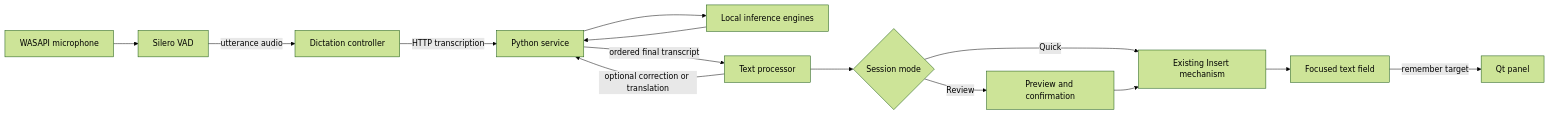
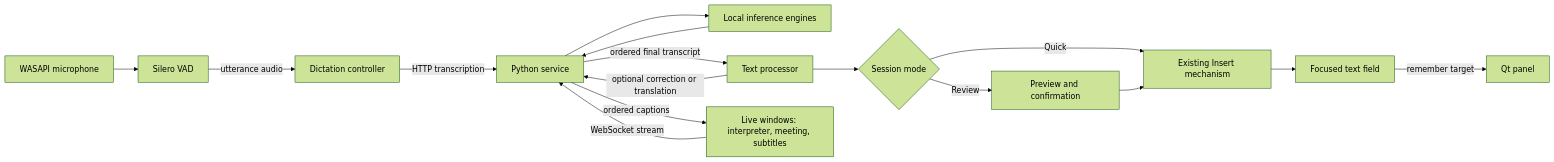
One commit to Flodirka/VoicePanel changed the diagram in docs/architecture.md. Above: the diagram before and after it, drawn with Mermaid (forest theme). The commit also changed other lines of this file and 6 other files, not shown here.

````diff
--- a/docs/architecture.md
+++ b/docs/architecture.md
@@ -5,16 +5,18 @@
 ```mermaid
 flowchart LR
     A[Focused text field] -->|remember target| B[Qt panel]
     M[WASAPI microphone] --> V[Silero VAD]
     V -->|utterance audio| D[Dictation controller]
     D -->|HTTP transcription| S[Python service]
     S --> E[Local inference engines]
     E --> S
     S -->|ordered final transcript| P[Text processor]
     P -->|optional correction or translation| S
     P --> Q{Session mode}
     Q -->|Quick| I[Existing Insert mechanism]
     Q -->|Review| R[Preview and confirmation]
     R --> I
     I --> A
+    L[Live windows: interpreter, meeting, subtitles] -->|WebSocket stream| S
+    S -->|ordered captions| L
 ```
````
